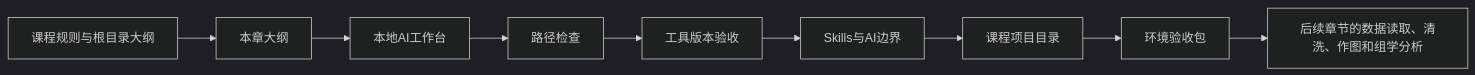
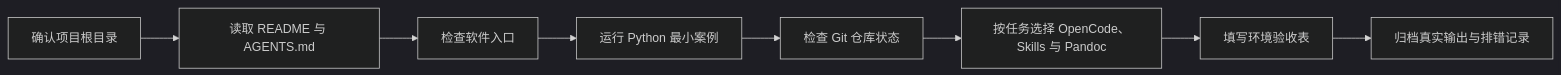
The first of 4 diagrams in docs/chapters/chapter-2/index.md (luvega/AI_MED_DataVis), drawn with Mermaid (dark theme) before and after one commit. The commit also changed other lines of this file and 84 other files, not shown here.

````diff
--- a/docs/chapters/chapter-2/index.md
+++ b/docs/chapters/chapter-2/index.md
@@ -52,11 +52,10 @@
 ```mermaid
 flowchart LR
-  A["课程规则与根目录大纲"] --> B["本章大纲"]
-  B --> C["本地AI工作台"]
-  C --> D["路径检查"]
-  D --> E["工具版本验收"]
-  E --> F["Skills与AI边界"]
-  F --> G["课程项目目录"]
-  G --> H["环境验收包"]
-  H --> I["后续章节的数据读取、清洗、作图和组学分析"]
+  A["确认项目根目录"] --> B["读取 README 与 AGENTS.md"]
+  B --> C["检查软件入口"]
+  C --> D["运行 Python 最小案例"]
+  D --> E["检查 Git 仓库状态"]
+  E --> F["按任务选择 OpenCode、Skills 与 Pandoc"]
+  F --> G["填写环境验收表"]
+  G --> H["归档真实输出与排错记录"]
 ```
````
